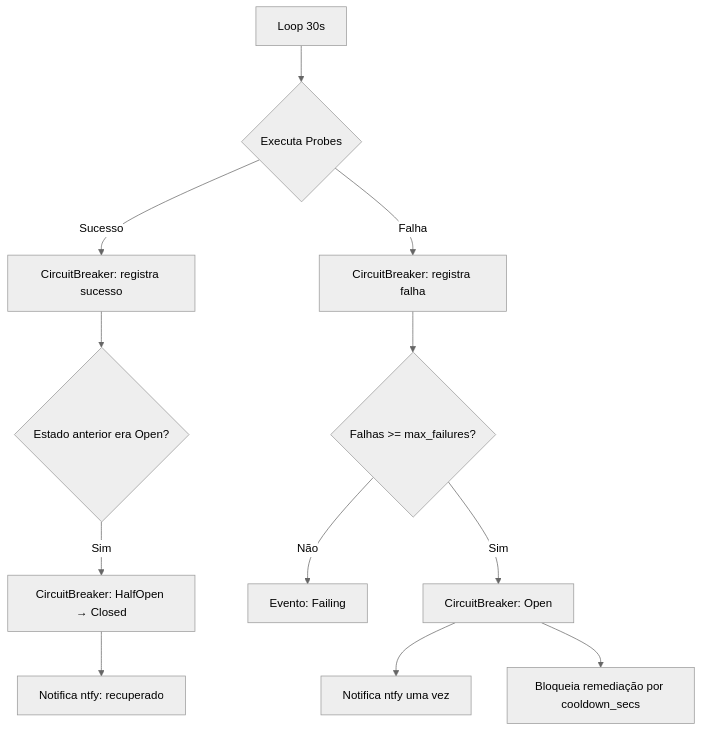
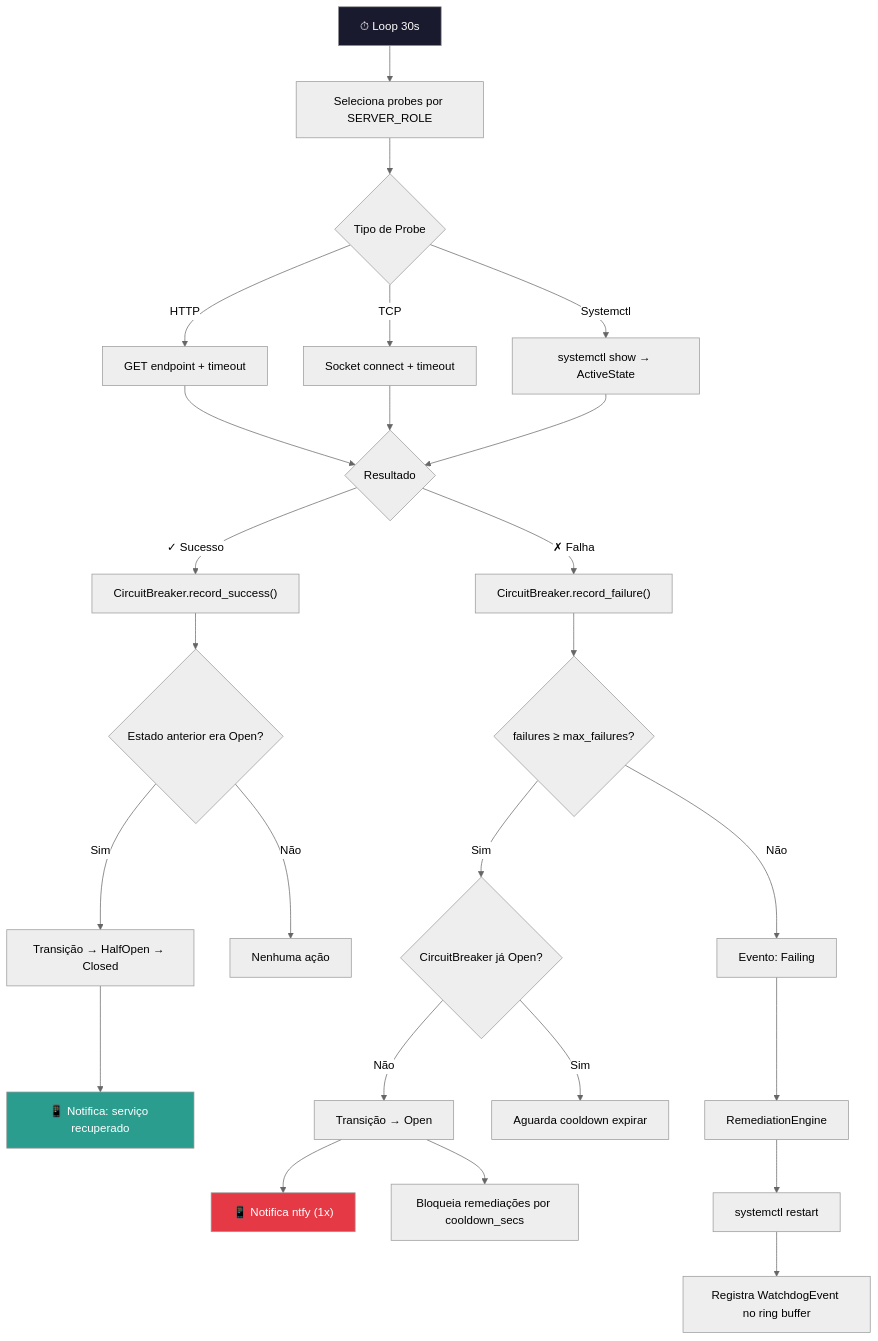
The ninth of 12 diagrams in docs/ARCHITECTURE.md (Munique-Feitoza/server-controller), drawn with Mermaid (neutral theme) before and after one commit. The commit also changed other lines of this file, not shown here.

First line of the commit message:
docs(architecture): atualizar roles do watchdog e diagrama de navegacao

````diff
--- a/docs/ARCHITECTURE.md
+++ b/docs/ARCHITECTURE.md
@@ -77,14 +410,38 @@
 ```mermaid
-graph TD
-    A[Loop 30s] --> B{Executa Probes}
-    B -->|Sucesso| C[CircuitBreaker: registra sucesso]
-    B -->|Falha| D[CircuitBreaker: registra falha]
-    D --> E{Falhas >= max_failures?}
-    E -->|Não| F[Evento: Failing]
-    E -->|Sim| G[CircuitBreaker: Open]
-    G --> H[Notifica ntfy uma vez]
-    G --> I[Bloqueia remediação por cooldown_secs]
-    C --> J{Estado anterior era Open?}
-    J -->|Sim| K[CircuitBreaker: HalfOpen → Closed]
-    K --> L[Notifica ntfy: recuperado]
+flowchart TD
+    A["⏱ Loop 30s"] --> B["Seleciona probes por SERVER_ROLE"]
+
+    B --> C{"Tipo de Probe"}
+    C -->|HTTP| D["GET endpoint + timeout"]
+    C -->|TCP| E["Socket connect + timeout"]
+    C -->|Systemctl| F["systemctl show → ActiveState"]
+
+    D --> G{"Resultado"}
+    E --> G
+    F --> G
+
+    G -->|"✓ Sucesso"| H["CircuitBreaker.record_success()"]
+    G -->|"✗ Falha"| I["CircuitBreaker.record_failure()"]
+
+    H --> J{"Estado anterior era Open?"}
+    J -->|Sim| K["Transição → HalfOpen → Closed"]
+    K --> L["📱 Notifica: serviço recuperado"]
+    J -->|Não| M["Nenhuma ação"]
+
+    I --> N{"failures ≥ max_failures?"}
+    N -->|Não| O["Evento: Failing"]
+    N -->|Sim| P{"CircuitBreaker já Open?"}
+
+    P -->|Não| Q["Transição → Open"]
+    Q --> R["📱 Notifica ntfy (1x)"]
+    Q --> S["Bloqueia remediações por cooldown_secs"]
+    P -->|Sim| T["Aguarda cooldown expirar"]
+
+    O --> U["RemediationEngine"]
+    U --> V["systemctl restart <service>"]
+    V --> W["Registra WatchdogEvent no ring buffer"]
+
+    style A fill:#1a1a2e,color:#fff
+    style R fill:#e63946,color:#fff
+    style L fill:#2a9d8f,color:#fff
 ```
````
